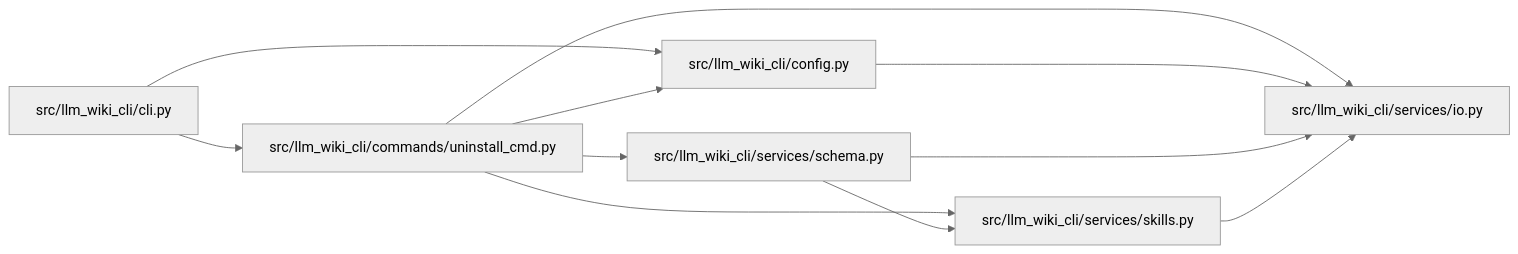
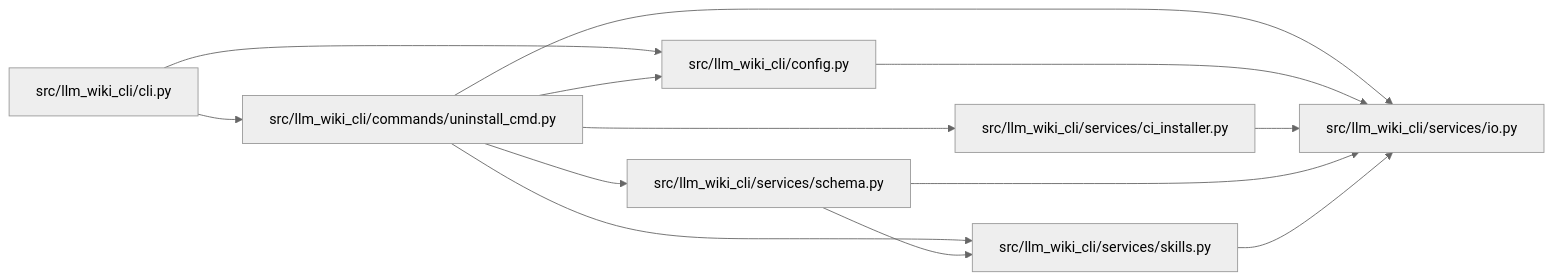
The diagram in docs/llm_wiki/modules/uninstall_cmd.md (Denissvgn/python-wiki-llm), drawn with Mermaid (neutral theme) before and after one commit. The commit also changed other lines of this file and 48 other files, not shown here.

````diff
--- a/docs/llm_wiki/modules/uninstall_cmd.md
+++ b/docs/llm_wiki/modules/uninstall_cmd.md
@@ -23,25 +24,29 @@
 ```mermaid
 flowchart LR
     n0["src/llm_wiki_cli/cli.py"]
     n1["src/llm_wiki_cli/commands/uninstall_cmd.py"]
     n2["src/llm_wiki_cli/config.py"]
-    n3["src/llm_wiki_cli/services/io.py"]
-    n4["src/llm_wiki_cli/services/schema.py"]
-    n5["src/llm_wiki_cli/services/skills.py"]
+    n3["src/llm_wiki_cli/services/ci_installer.py"]
+    n4["src/llm_wiki_cli/services/io.py"]
+    n5["src/llm_wiki_cli/services/schema.py"]
+    n6["src/llm_wiki_cli/services/skills.py"]
     n0 --> n1
     n0 --> n2
     n1 --> n2
     n1 --> n3
     n1 --> n4
     n1 --> n5
-    n2 --> n3
-    n4 --> n3
-    n4 --> n5
-    n5 --> n3
+    n1 --> n6
+    n2 --> n4
+    n3 --> n4
+    n5 --> n4
+    n5 --> n6
+    n6 --> n4
     click n0 "../modules/cli.md"
     click n1 "../modules/uninstall_cmd.md"
     click n2 "../modules/config.md"
-    click n3 "../modules/io.md"
-    click n4 "../modules/services_schema.md"
-    click n5 "../modules/skills.md"
+    click n3 "../modules/ci_installer.md"
+    click n4 "../modules/io.md"
+    click n5 "../modules/services_schema.md"
+    click n6 "../modules/skills.md"
 ```
````
